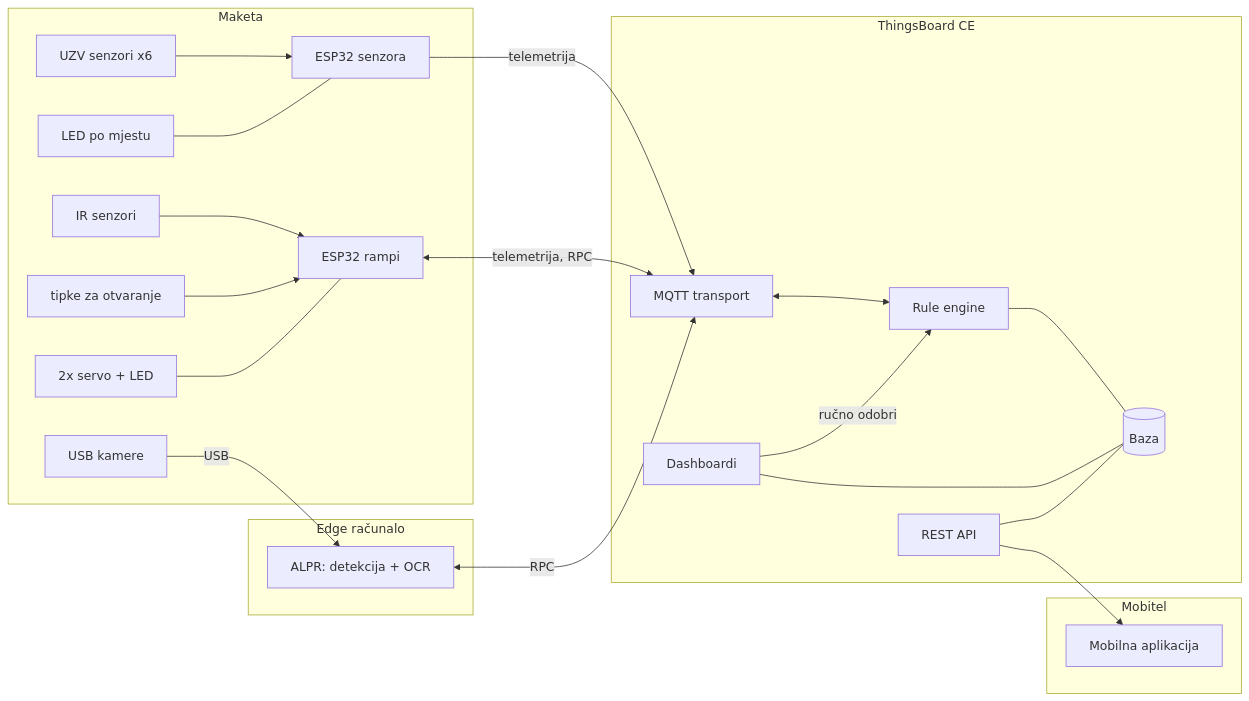
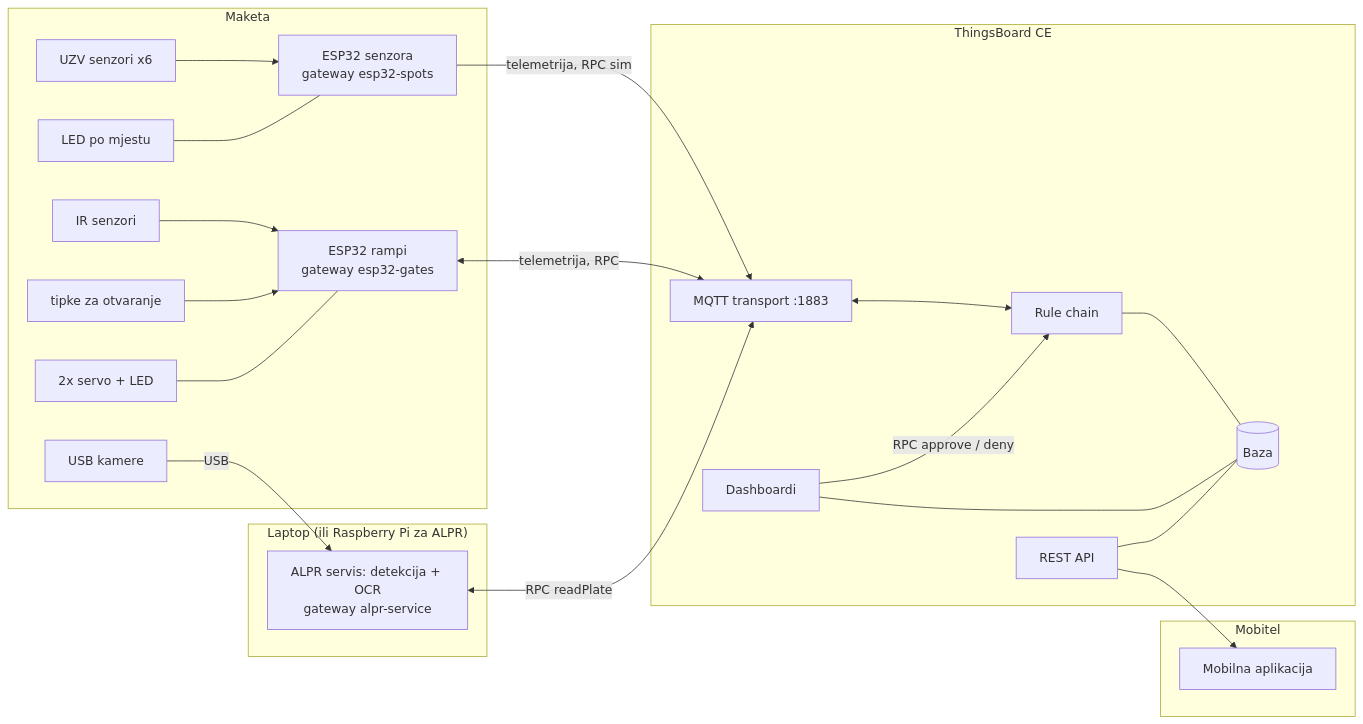
Before and after one commit to iampaviic/IoTGarage: the first of 9 diagrams in PROJEKT/sustav/varijanta-b.md, drawn with Mermaid. The commit also changed other lines of this file and 37 other files, not shown here.

First line of the commit message:
Docs: switch the project to varijanta B; sensor node sequence diagrams

````diff
--- a/PROJEKT/sustav/varijanta-b.md
+++ b/PROJEKT/sustav/varijanta-b.md
@@ -26,38 +24,38 @@
 ```mermaid
 flowchart LR
   subgraph Maketa
-    S1[UZV senzori x6] --> ESPS[ESP32 senzora]
+    S1[UZV senzori x6] --> ESPS[ESP32 senzora<br/>gateway esp32-spots]
     LED[LED po mjestu] --- ESPS
-    IR[IR senzori] --> ESPR[ESP32 rampi]
+    IR[IR senzori] --> ESPR[ESP32 rampi<br/>gateway esp32-gates]
     BTN[tipke za otvaranje] --> ESPR
     SERVO[2x servo + LED] --- ESPR
     CAM[USB kamere]
   end
 
-  subgraph Edge["Edge računalo"]
-    ALPR["ALPR: detekcija + OCR"]
+  subgraph Laptop["Laptop (ili Raspberry Pi za ALPR)"]
+    ALPR["ALPR servis: detekcija + OCR<br/>gateway alpr-service"]
   end
 
   subgraph TB["ThingsBoard CE"]
-    MQ[MQTT transport]
-    RE[Rule engine]
+    MQ[MQTT transport :1883]
+    RE[Rule chain]
     TDB[(Baza)]
     DASH[Dashboardi]
     API[REST API]
   end
 
   subgraph Mobitel
     APP[Mobilna aplikacija]
   end
 
-  ESPS -- telemetrija --> MQ
+  ESPS -- telemetrija, RPC sim --> MQ
   ESPR <-- telemetrija, RPC --> MQ
   CAM -- USB --> ALPR
-  ALPR <-- RPC --> MQ
+  ALPR <-- RPC readPlate --> MQ
   MQ <--> RE
   RE --- TDB
   DASH --- TDB
-  DASH -- ručno odobri --> RE
+  DASH -- RPC approve / deny --> RE
   API --- TDB
   API --> APP
 ```
````
